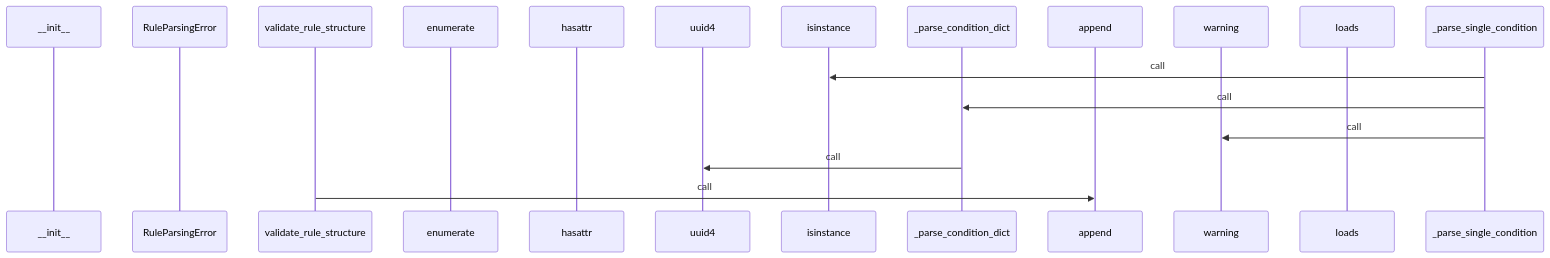
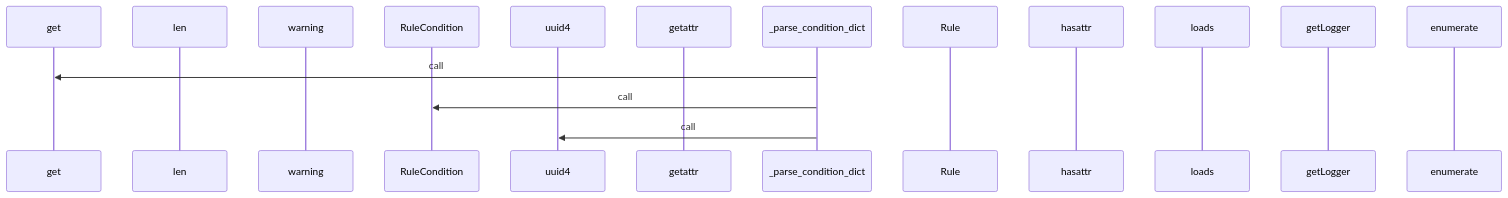
Before and after one commit to yeonjae-personal/codemuse-backend: the third of 4 diagrams in generated_docs/rule_analyzer/parser.md, drawn with Mermaid. The commit also changed other lines of this file and 3991 other files, not shown here.

First line of the commit message:
feat: 워크플로우 개선 및 핵심 문서 자동 생성 구현

````diff
--- a/generated_docs/rule_analyzer/parser.md
+++ b/generated_docs/rule_analyzer/parser.md
@@ -217,20 +217,18 @@
 ```mermaid
 sequenceDiagram
-  participant __init__ as __init__
-  participant RuleParsingError as RuleParsingError
-  participant validate_rule_structure as validate_rule_structure
+  participant get as get
+  participant len as len
+  participant warning as warning
+  participant RuleCondition as RuleCondition
+  participant uuid4 as uuid4
+  participant getattr as getattr
+  participant _parse_condition_dict as _parse_condition_dict
+  participant Rule as Rule
+  participant hasattr as hasattr
+  participant loads as loads
+  participant getLogger as getLogger
   participant enumerate as enumerate
-  participant hasattr as hasattr
-  participant uuid4 as uuid4
-  participant isinstance as isinstance
-  participant _parse_condition_dict as _parse_condition_dict
-  participant append as append
-  participant warning as warning
-  participant loads as loads
-  participant _parse_single_condition as _parse_single_condition
-  _parse_single_condition->>isinstance: call
-  _parse_single_condition->>_parse_condition_dict: call
-  _parse_single_condition->>warning: call
+  _parse_condition_dict->>get: call
+  _parse_condition_dict->>RuleCondition: call
   _parse_condition_dict->>uuid4: call
-  validate_rule_structure->>append: call
 ```
````
